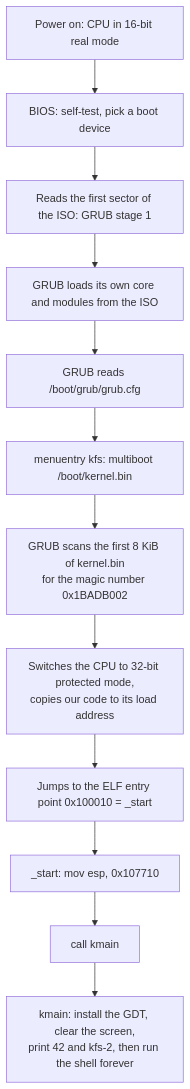
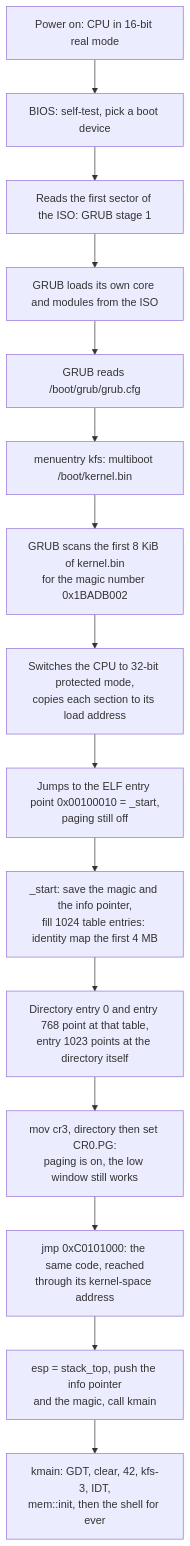
The diagram in docs/ARCHITECTURE.md (suiramdev/42-kfs), drawn with Mermaid before and after one commit. The commit also changed other lines of this file and 10 other files, not shown here.

````diff
--- a/docs/ARCHITECTURE.md
+++ b/docs/ARCHITECTURE.md
@@ -87,14 +135,17 @@
 ```mermaid
 graph TD
     A[Power on: CPU in 16-bit real mode] --> B[BIOS: self-test, pick a boot device]
     B --> C[Reads the first sector of the ISO: GRUB stage 1]
     C --> D[GRUB loads its own core and modules from the ISO]
     D --> E[GRUB reads /boot/grub/grub.cfg]
     E --> F[menuentry kfs: multiboot /boot/kernel.bin]
     F --> G[GRUB scans the first 8 KiB of kernel.bin<br/>for the magic number 0x1BADB002]
-    G --> H[Switches the CPU to 32-bit protected mode,<br/>copies our code to its load address]
-    H --> I[Jumps to the ELF entry point 0x100010 = _start]
-    I --> J[_start: mov esp, 0x107710]
-    J --> K[call kmain]
-    K --> L[kmain: install the GDT, clear the screen,<br/>print 42 and kfs-2, then run the shell forever]
+    G --> H[Switches the CPU to 32-bit protected mode,<br/>copies each section to its load address]
+    H --> I[Jumps to the ELF entry point 0x00100010 = _start,<br/>paging still off]
+    I --> J[_start: save the magic and the info pointer,<br/>fill 1024 table entries: identity map the first 4 MB]
+    J --> K[Directory entry 0 and entry 768 point at that table,<br/>entry 1023 points at the directory itself]
+    K --> L[mov cr3, directory then set CR0.PG:<br/>paging is on, the low window still works]
+    L --> M[jmp 0xC0101000: the same code, reached<br/>through its kernel-space address]
+    M --> N[esp = stack_top, push the info pointer<br/>and the magic, call kmain]
+    N --> O[kmain: GDT, clear, 42, kfs-3, IDT,<br/>mem::init, then the shell for ever]
 ```
````
